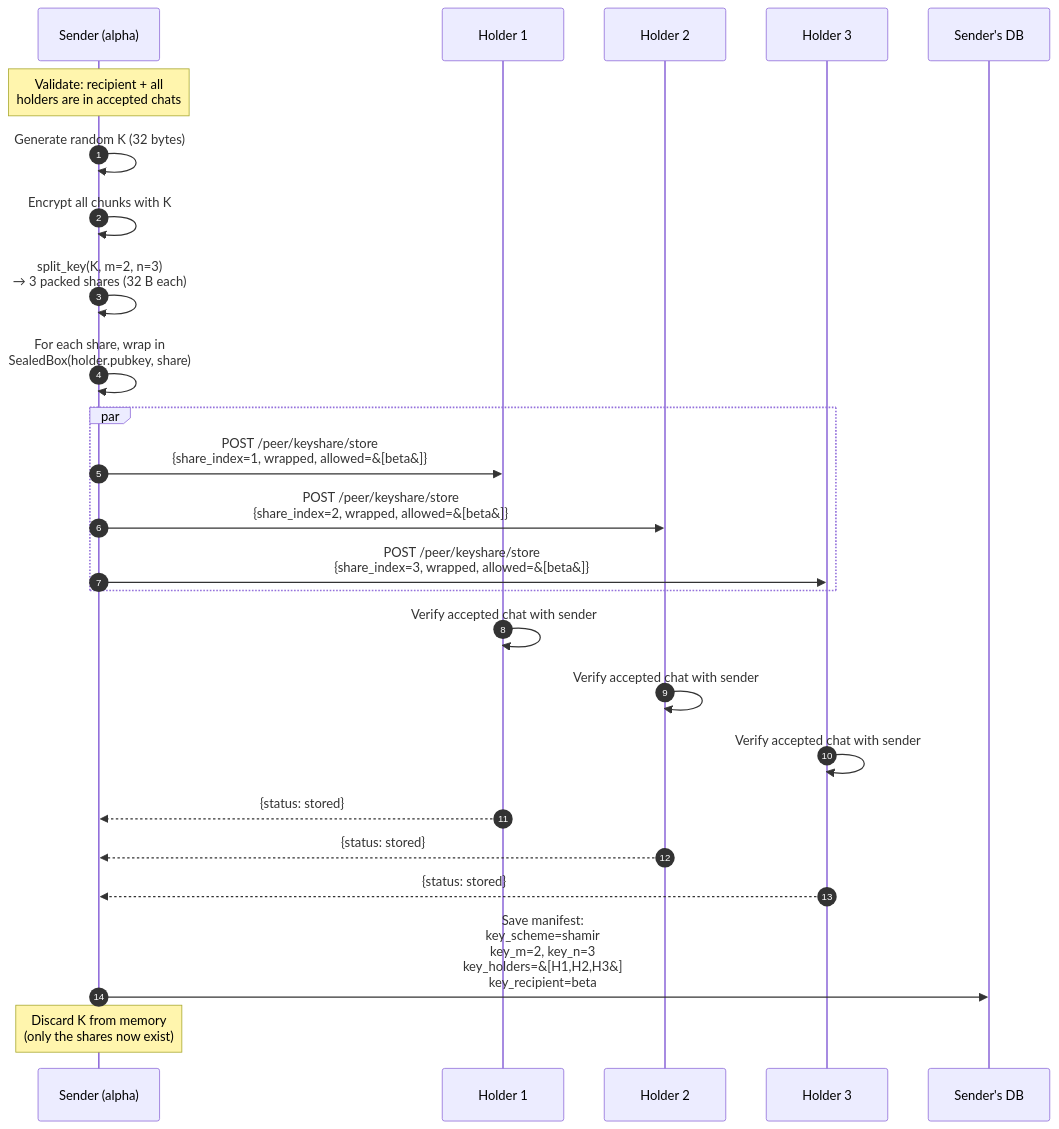
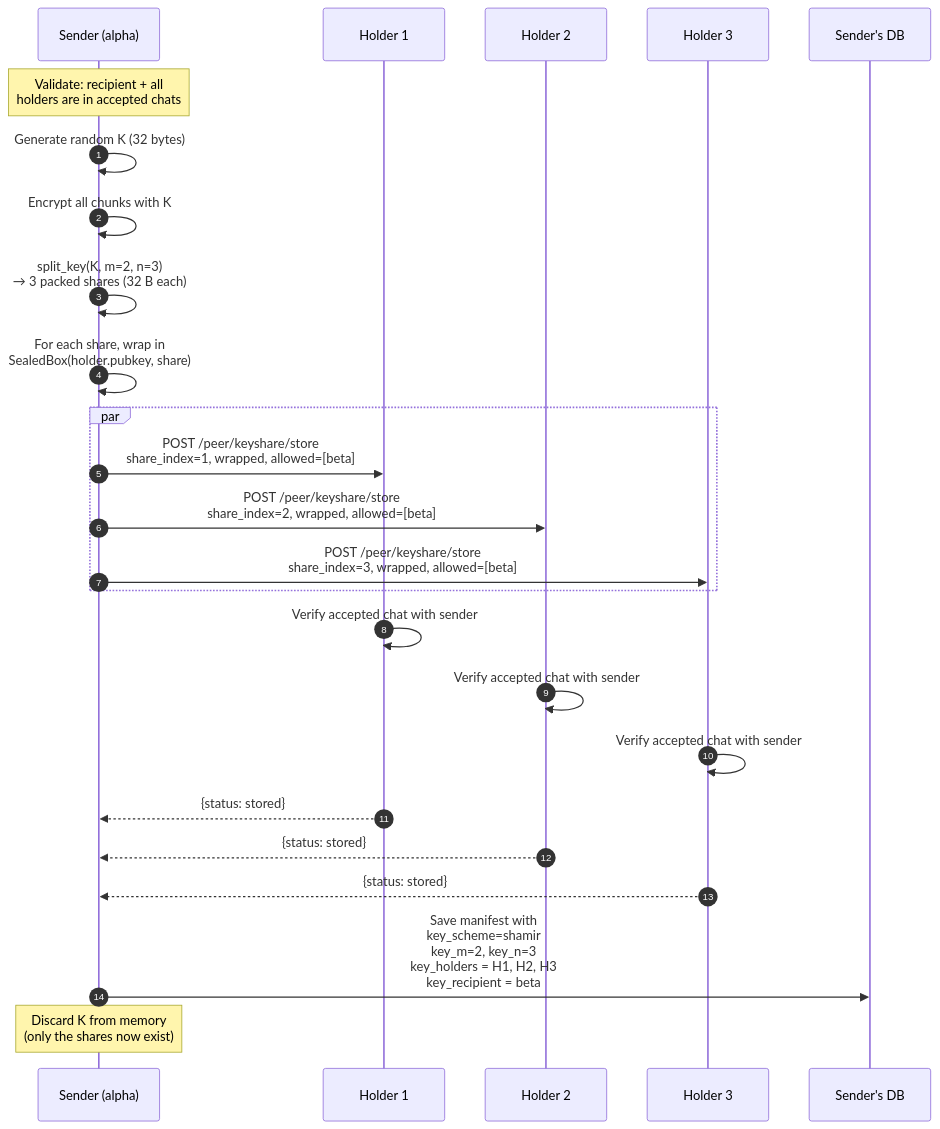
Diagram 15 of 21 in README.md (CN-2026-IIITA/Distri_Store), drawn with Mermaid before and after one commit. The commit also changed other lines of this file, not shown here.

First line of the commit message:
Fix mermaid sequenceDiagram parse errors (semicolons in messages)

````diff
--- a/README.md
+++ b/README.md
@@ -800,32 +800,32 @@
 ```mermaid
 sequenceDiagram
     autonumber
     participant S as Sender (alpha)
     participant H1 as Holder 1
     participant H2 as Holder 2
     participant H3 as Holder 3
     participant DB as Sender's DB
 
     Note over S: Validate: recipient + all<br/>holders are in accepted chats
     S->>S: Generate random K (32 bytes)
     S->>S: Encrypt all chunks with K
     S->>S: split_key(K, m=2, n=3)<br/>→ 3 packed shares (32 B each)
     S->>S: For each share, wrap in<br/>SealedBox(holder.pubkey, share)
 
     par
-        S->>H1: POST /peer/keyshare/store<br/>{share_index=1, wrapped, allowed=&#91;beta&#93;}
-        S->>H2: POST /peer/keyshare/store<br/>{share_index=2, wrapped, allowed=&#91;beta&#93;}
-        S->>H3: POST /peer/keyshare/store<br/>{share_index=3, wrapped, allowed=&#91;beta&#93;}
+        S->>H1: POST /peer/keyshare/store<br/>share_index=1, wrapped, allowed=[beta]
+        S->>H2: POST /peer/keyshare/store<br/>share_index=2, wrapped, allowed=[beta]
+        S->>H3: POST /peer/keyshare/store<br/>share_index=3, wrapped, allowed=[beta]
     end
 
     H1->>H1: Verify accepted chat with sender
     H2->>H2: Verify accepted chat with sender
     H3->>H3: Verify accepted chat with sender
 
     H1-->>S: {status: stored}
     H2-->>S: {status: stored}
     H3-->>S: {status: stored}
 
-    S->>DB: Save manifest:<br/>key_scheme=shamir<br/>key_m=2, key_n=3<br/>key_holders=&#91;H1,H2,H3&#93;<br/>key_recipient=beta
+    S->>DB: Save manifest with<br/>key_scheme=shamir<br/>key_m=2, key_n=3<br/>key_holders = H1, H2, H3<br/>key_recipient = beta
     Note over S: Discard K from memory<br/>(only the shares now exist)
 ```
````
